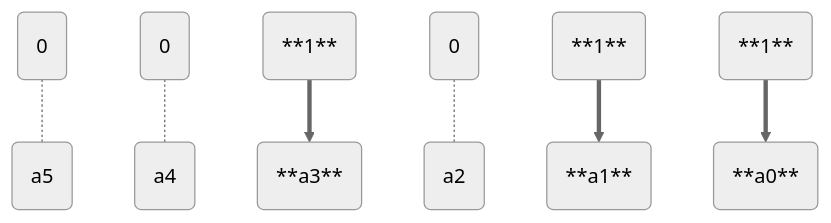
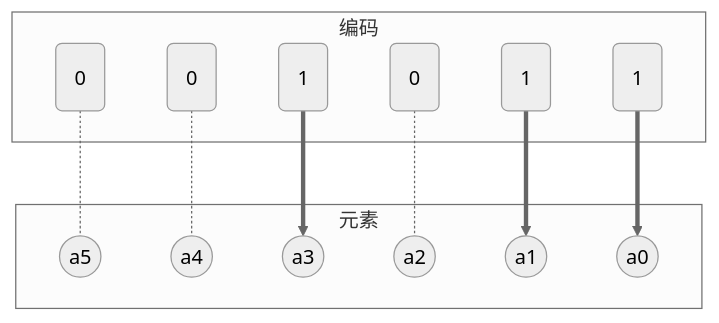
One commit to dmjcb/dmjcb.github.io changed the seventh of 7 diagrams in _posts/c_c++/memory/2021-11-14-位操作.md. Above: the diagram before and after it, drawn with Mermaid (neutral theme). The commit also changed other lines of this file and 16 other files, not shown here.

````diff
--- a/_posts/c_c++/memory/2021-11-14-位操作.md
+++ b/_posts/c_c++/memory/2021-11-14-位操作.md
@@ -319,9 +326,27 @@
 ```mermaid
 graph TB;
-    a(0)-.-b(a5)
-    a1(0)-.-b1(a4)
-    a2(**1**)==>b2(**a3**)
-    a3(0)-.-b3(a2)
-    a4(**1**)==>b4(**a1**)
-    a5(**1**)==>b5(**a0**)
+    subgraph 编码
+        a0(0)
+        a1(0)
+        a2(1)
+        a3(0)
+        a4(1)
+        a5(1)
+    end
+
+    subgraph 元素
+        b0((a5))
+        b1((a4))
+        b2((a3))
+        b3((a2))
+        b4((a1))
+        b5((a0))
+    end
+
+    a0-.-b0
+    a1-.-b1
+    a2==>b2
+    a3-.-b3
+    a4==>b4
+    a5==>b5
 ```
````
